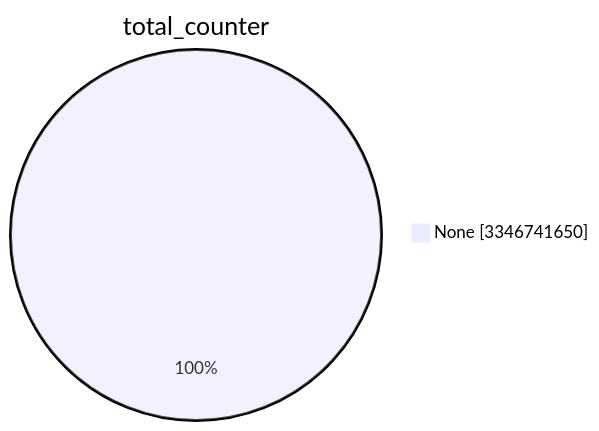
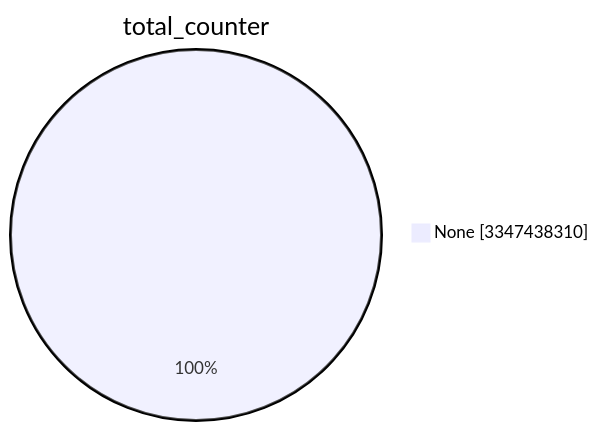
The first of 15 diagrams in TOTAL/README.md (christiankrug/ctmonitor_visualization), drawn with Mermaid before and after one commit. The commit also changed other lines of this file, not shown here.

````diff
--- a/TOTAL/README.md
+++ b/TOTAL/README.md
@@ -1,5 +1,5 @@
 ```mermaid
 pie showData
 title total_counter
-"None" :3346741650
+"None" :3347438310
 ```
````
